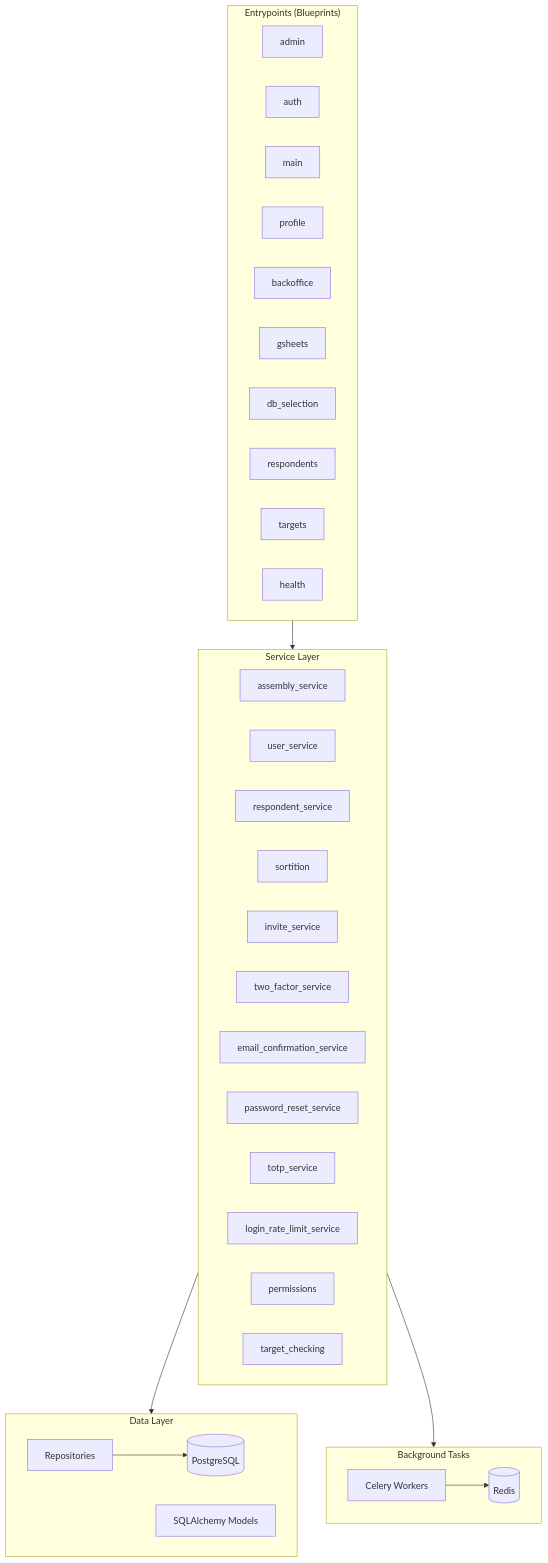
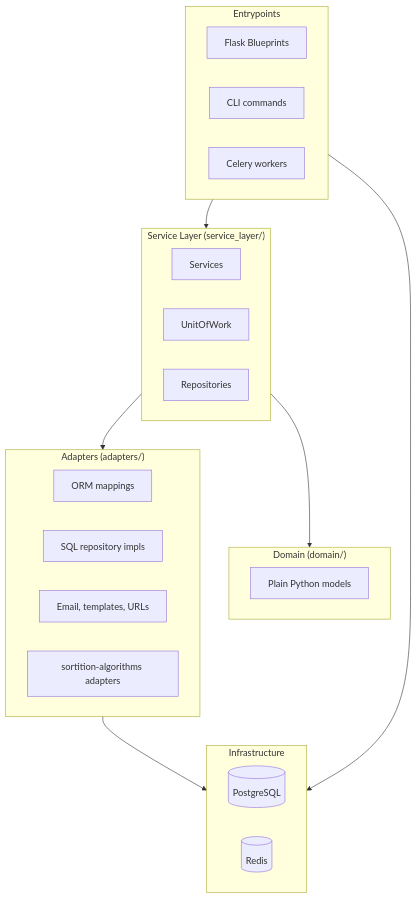
The first of 3 diagrams in backend/docs/architecture.md (sortitionfoundation/opendlp), drawn with Mermaid before and after one commit. The commit also changed other lines of this file, not shown here.

Commit message:
update architecture docs to reflect reality

````diff
--- a/backend/docs/architecture.md
+++ b/backend/docs/architecture.md
@@ -19,50 +22,41 @@
 ```mermaid
 flowchart TB
-    subgraph Entrypoints["Entrypoints (Blueprints)"]
+    subgraph Entrypoints["Entrypoints"]
         direction LR
-        admin[admin]
-        auth[auth]
-        main[main]
-        profile[profile]
-        backoffice[backoffice]
-        gsheets[gsheets]
-        db_selection[db_selection]
-        respondents[respondents]
-        targets[targets]
-        health[health]
+        blueprints[Flask Blueprints]
+        cli[CLI commands]
+        celery_ep[Celery workers]
     end
 
-    subgraph Services["Service Layer"]
+    subgraph ServiceLayer["Service Layer (service_layer/)"]
         direction LR
-        assembly_service[assembly_service]
-        user_service[user_service]
-        respondent_service[respondent_service]
-        sortition[sortition]
-        invite_service[invite_service]
-        two_factor_service[two_factor_service]
-        email_confirmation_service[email_confirmation_service]
-        password_reset_service[password_reset_service]
-        totp_service[totp_service]
-        login_rate_limit_service[login_rate_limit_service]
-        permissions[permissions]
-        target_checking[target_checking]
+        services[Services]
+        uow[UnitOfWork]
+        repos[Repositories]
     end
 
-    subgraph Data["Data Layer"]
+    subgraph Domain["Domain (domain/)"]
         direction LR
-        repositories[Repositories]
-        models[SQLAlchemy Models]
-        db[(PostgreSQL)]
+        domain_models[Plain Python models]
     end
 
-    subgraph Background["Background Tasks"]
-        celery[Celery Workers]
+    subgraph Adapters["Adapters (adapters/)"]
+        direction LR
+        orm[ORM mappings]
+        sql_repo[SQL repository impls]
+        email_ad[Email, templates, URLs]
+        sortition_ad[sortition-algorithms adapters]
+    end
+
+    subgraph Infra["Infrastructure"]
+        direction LR
+        pg[(PostgreSQL)]
         redis[(Redis)]
     end
 
-    Entrypoints --> Services
-    Services --> Data
-    Services --> Background
-    repositories --> db
-    celery --> redis
+    Entrypoints --> ServiceLayer
+    ServiceLayer --> Domain
+    ServiceLayer --> Adapters
+    Adapters --> Infra
+    celery_ep --> redis
 ```
````
